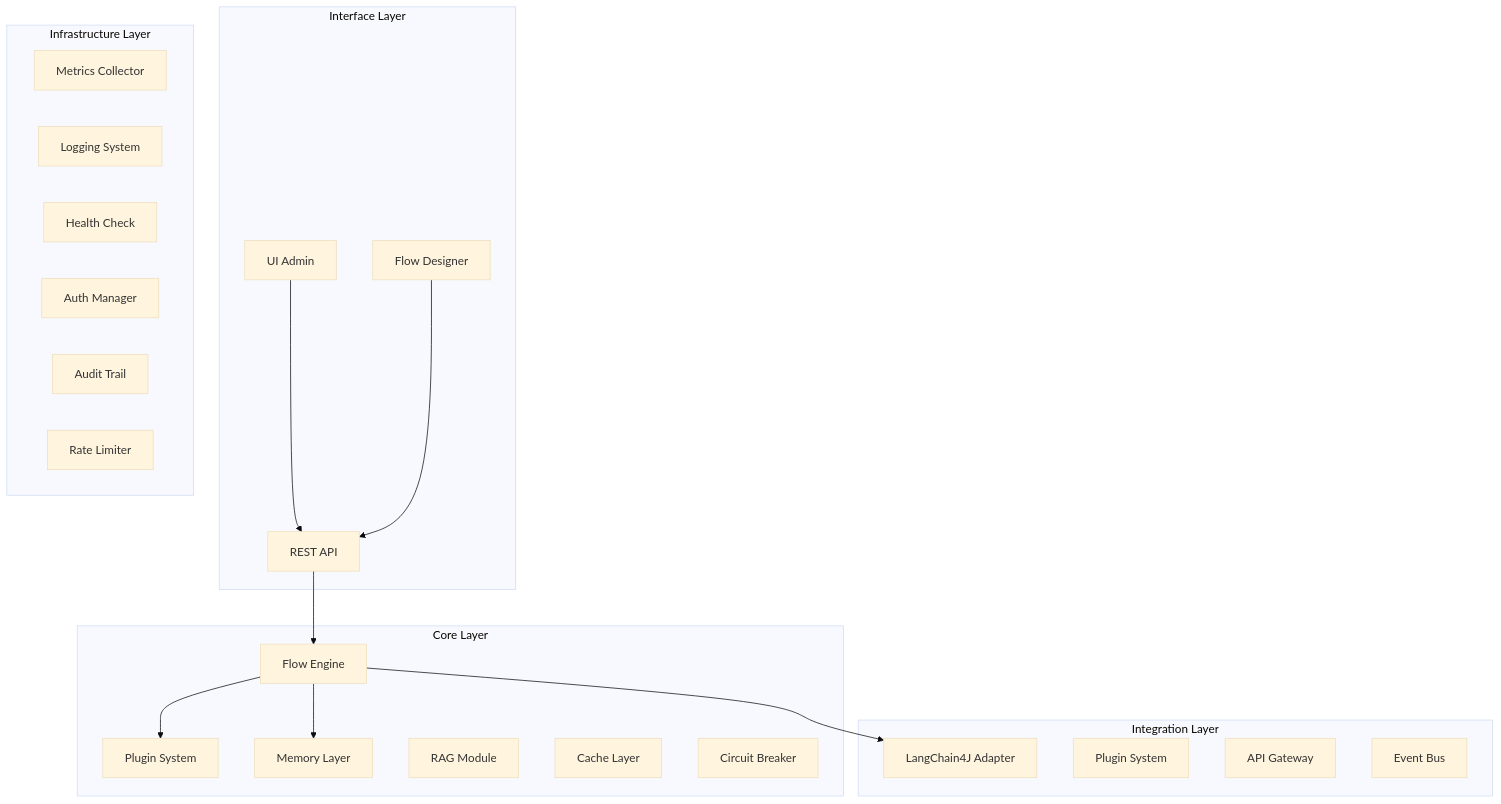
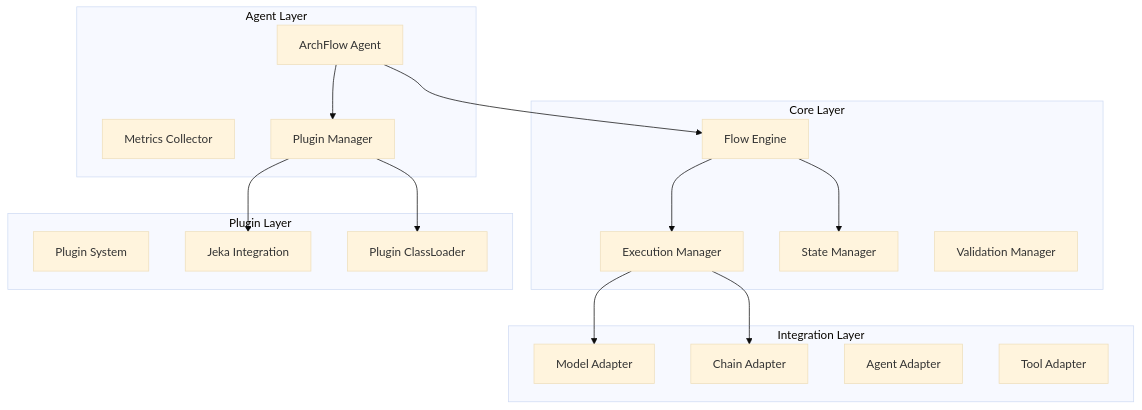
The first of 2 diagrams in docs/architecture/architecture.md (edsonmartins/archflow), drawn with Mermaid (base theme) before and after one commit. The commit also changed other lines of this file and 26 other files, not shown here.

````diff
--- a/docs/architecture/architecture.md
+++ b/docs/architecture/architecture.md
@@ -7,40 +7,37 @@
 ```mermaid
 graph TB
-    subgraph "Interface Layer"
-        UI[UI Admin]
-        Designer[Flow Designer]
-        REST[REST API]
+    subgraph "Agent Layer"
+        Agent[ArchFlow Agent]
+        Metrics[Metrics Collector]
+        PluginMgr[Plugin Manager]
     end
     
     subgraph "Core Layer"
         Engine[Flow Engine]
-        PluginSystem[Plugin System]
-        Memory[Memory Layer]
-        RAG[RAG Module]
-        Cache[Cache Layer]
-        Circuit[Circuit Breaker]
+        ExecManager[Execution Manager]
+        StateMgr[State Manager]
+        ValManager[Validation Manager]
     end
     
     subgraph "Integration Layer"
-        LangChain[LangChain4J Adapter]
-        Plugin[Plugin System]
-        Gateway[API Gateway]
-        EventBus[Event Bus]
+        ModelAdapter[Model Adapter]
+        ChainAdapter[Chain Adapter]
+        AgentAdapter[Agent Adapter]
+        ToolAdapter[Tool Adapter]
     end
     
-    subgraph "Infrastructure Layer"
-        Metrics[Metrics Collector]
-        Logging[Logging System]
-        Health[Health Check]
-        Auth[Auth Manager]
-        Audit[Audit Trail]
-        RateLimit[Rate Limiter]
+    subgraph "Plugin Layer"
+        Plugins[Plugin System]
+        Jeka[Jeka Integration]
+        ClassLoader[Plugin ClassLoader]
     end
 
-    UI --> REST
-    Designer --> REST
-    REST --> Engine
-    Engine --> LangChain
-    Engine --> Memory
-    Engine --> PluginSystem
+    Agent --> Engine
+    Agent --> PluginMgr
+    Engine --> ExecManager
+    Engine --> StateMgr
+    ExecManager --> ModelAdapter
+    ExecManager --> ChainAdapter
+    PluginMgr --> Jeka
+    PluginMgr --> ClassLoader
 ```
````
